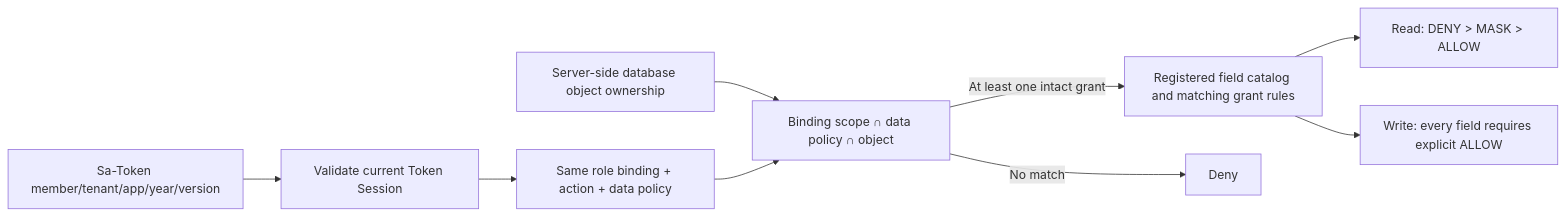
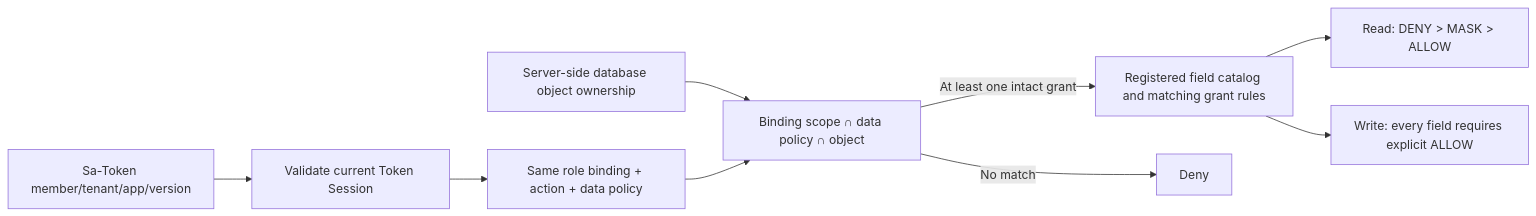
One commit to Ryan-Guizhou/peach-cloud changed the fourth of 5 diagrams in peach-auth/README.en-US.md. Above: the diagram before and after it, drawn with Mermaid. The commit also changed other lines of this file and 5 other files, not shown here.

````diff
--- a/peach-auth/README.en-US.md
+++ b/peach-auth/README.en-US.md
@@ -194,11 +193,11 @@
 ```mermaid
 flowchart LR
-  Token["Sa-Token member/tenant/app/year/version"] --> Valid["Validate current Token Session"]
+  Token["Sa-Token member/tenant/app/version"] --> Valid["Validate current Token Session"]
   Valid --> Grants["Same role binding + action + data policy"]
   Object["Server-side database object ownership"] --> Intersection["Binding scope ∩ data policy ∩ object"]
   Grants --> Intersection
   Intersection -->|At least one intact grant| Fields["Registered field catalog and matching grant rules"]
   Fields --> Read["Read: DENY > MASK > ALLOW"]
   Fields --> Write["Write: every field requires explicit ALLOW"]
   Intersection -->|No match| Deny["Deny"]
 ```
````
